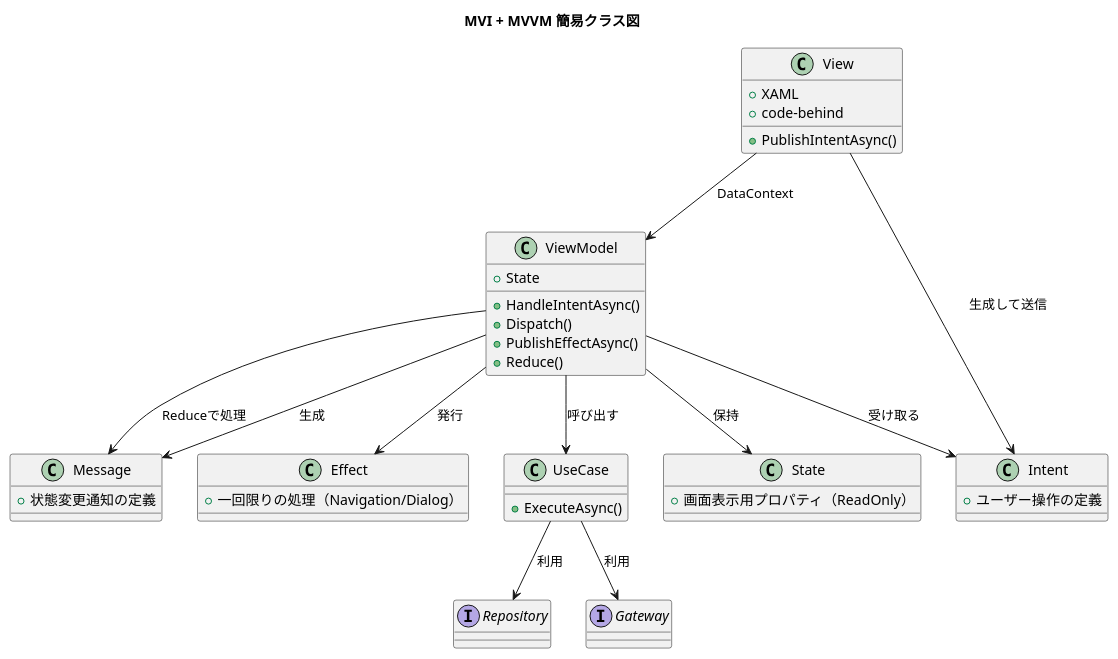
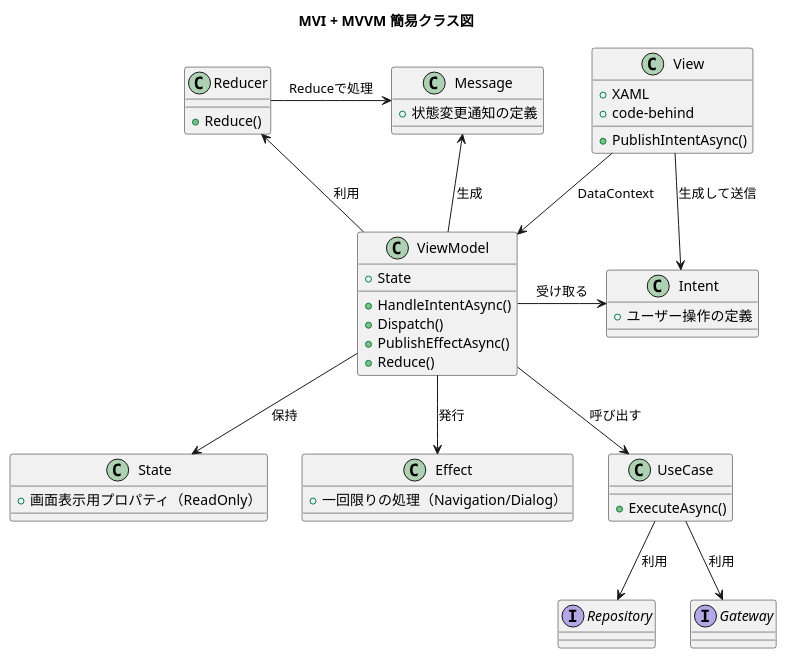
The second of 5 diagrams in カスタマイズ設計書.md (yasunori-mukaigawa/windows_architecture), drawn with PlantUML before and after one commit. The commit also changed other lines of this file, not shown here.

````diff
--- a/カスタマイズ設計書.md
+++ b/カスタマイズ設計書.md
@@ -254,53 +278,59 @@
 ```plantuml
 @startuml
 title MVI + MVVM 簡易クラス図
 
 class View {
   +XAML
   +code-behind
   +PublishIntentAsync()
 }
 
 class ViewModel {
   +State
   +HandleIntentAsync()
   +Dispatch()
   +PublishEffectAsync()
   +Reduce()
 }
 
 class State {
   +画面表示用プロパティ（ReadOnly）
 }
 
 class Intent {
   +ユーザー操作の定義
 }
 
 class Message {
   +状態変更通知の定義
 }
 
 class Effect {
   +一回限りの処理（Navigation/Dialog）
 }
 
 class UseCase {
   +ExecuteAsync()
 }
 
+class Reducer {
+  +Reduce()  
+}
+
+
 interface Repository
 interface Gateway
 
 View --> ViewModel : DataContext
 View --> Intent : 生成して送信
 ViewModel --> UseCase : 呼び出す
-ViewModel --> Message : 生成
+ViewModel -up-> Message : 生成
 ViewModel --> Effect : 発行
 ViewModel --> State : 保持
-ViewModel --> Intent : 受け取る
-ViewModel --> Message : Reduceで処理
+ViewModel -> Intent : 受け取る
+Reducer -> Message : Reduceで処理
+ViewModel -left-> Reducer : 利用
 UseCase --> Repository : 利用
 UseCase --> Gateway : 利用
 @enduml
 ```
````
